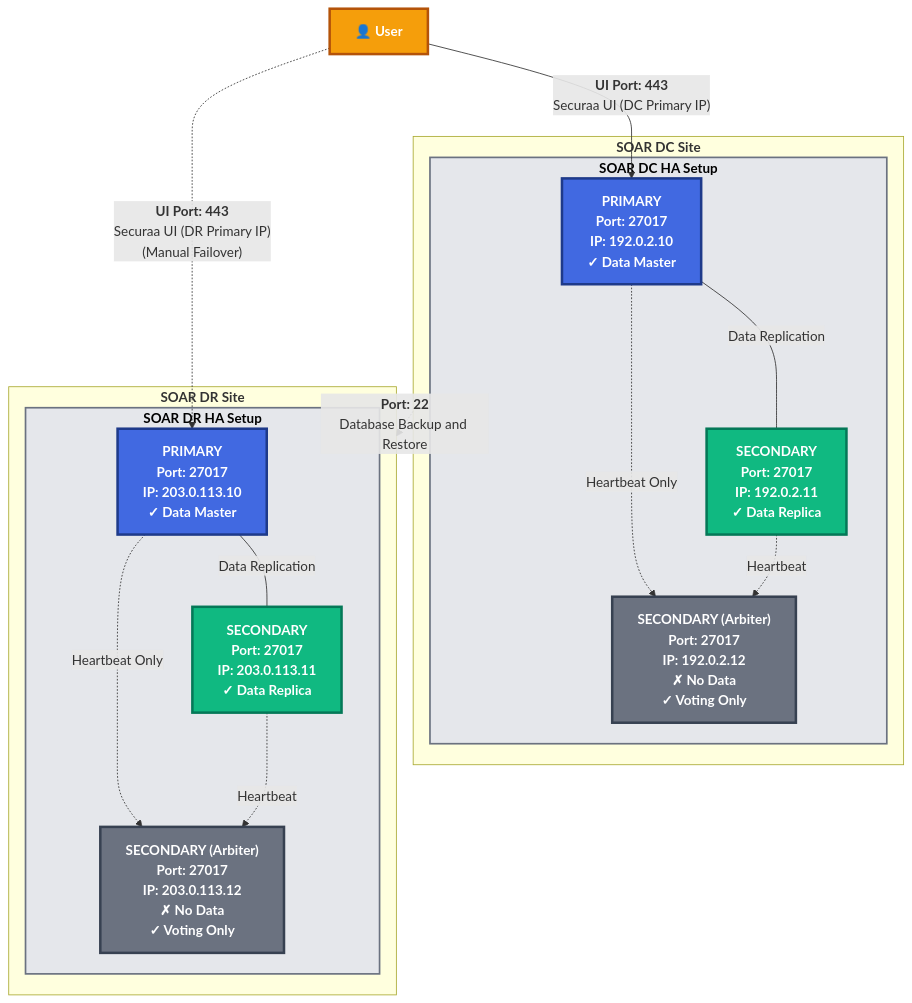
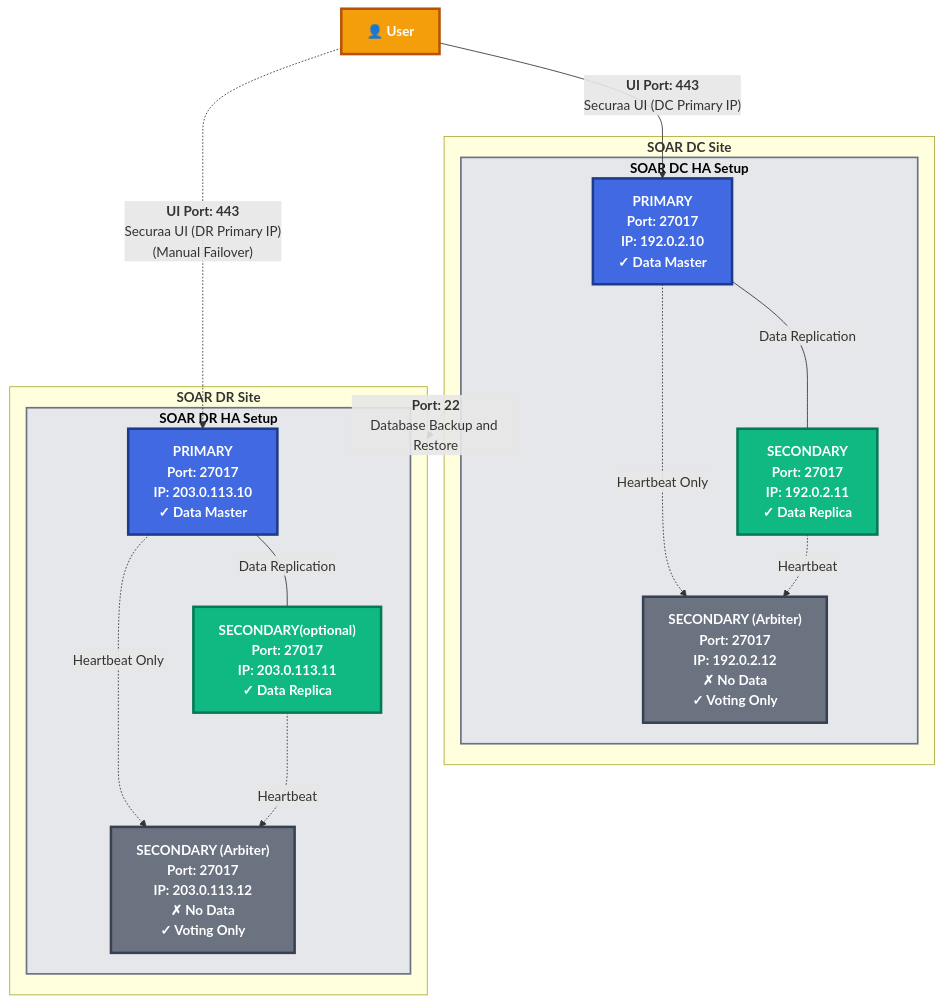
One commit to Vishwa0220/customers-docs changed the first of 12 diagrams in HA_DR_Architecture_Documentation_dt3.md. Above: the diagram before and after it, drawn with Mermaid.

````diff
--- a/HA_DR_Architecture_Documentation_dt3.md
+++ b/HA_DR_Architecture_Documentation_dt3.md
@@ -47,47 +47,47 @@
 ```mermaid
 graph TB
     subgraph DC["<b>SOAR DC Site</b>"]
         subgraph DC_HA["<b>SOAR DC HA Setup</b>"]
             DC_PRI["<b>PRIMARY</b><br/>Port: 27017<br/>IP: 192.0.2.10<br/>✓ Data Master"]
             DC_SEC1["<b>SECONDARY</b><br/>Port: 27017<br/>IP: 192.0.2.11<br/>✓ Data Replica"]
             DC_SEC2["<b>SECONDARY (Arbiter)</b><br/>Port: 27017<br/>IP: 192.0.2.12<br/>✗ No Data<br/>✓ Voting Only"]
             
             DC_PRI ---|"Data Replication"| DC_SEC1
             DC_PRI -.->|"Heartbeat Only"| DC_SEC2
             DC_SEC1 -.->|"Heartbeat"| DC_SEC2
         end
     end
 
     subgraph DR["<b>SOAR DR Site</b>"]
         subgraph DR_HA["<b>SOAR DR HA Setup</b>"]
             DR_PRI["<b>PRIMARY</b><br/>Port: 27017<br/>IP: 203.0.113.10<br/>✓ Data Master"]
-            DR_SEC1["<b>SECONDARY</b><br/>Port: 27017<br/>IP: 203.0.113.11<br/>✓ Data Replica"]
+            DR_SEC1["<b>SECONDARY(optional)</b><br/>Port: 27017<br/>IP: 203.0.113.11<br/>✓ Data Replica"]
             DR_SEC2["<b>SECONDARY (Arbiter)</b><br/>Port: 27017<br/>IP: 203.0.113.12<br/>✗ No Data<br/>✓ Voting Only"]
             
             DR_PRI ---|"Data Replication"| DR_SEC1
             DR_PRI -.->|"Heartbeat Only"| DR_SEC2
             DR_SEC1 -.->|"Heartbeat"| DR_SEC2
         end
     end
 
     USER["<b>👤 User</b>"]
 
     %% Cross-site backup/restore
     DC -.->|"<b>Port: 22</b><br/>Database Backup and Restore"| DR
 
     %% User access
     USER -->|"<b>UI Port: 443</b><br/>Securaa UI (DC Primary IP)"| DC_PRI
     USER -.->|"<b>UI Port: 443</b><br/>Securaa UI (DR Primary IP)<br/>(Manual Failover)"| DR_PRI
 
     classDef primaryStyle fill:#4169e1,stroke:#1e3a8a,stroke-width:3px,color:#fff,font-weight:bold
     classDef secondaryStyle fill:#10b981,stroke:#047857,stroke-width:3px,color:#fff,font-weight:bold
     classDef arbiterStyle fill:#6b7280,stroke:#374151,stroke-width:3px,color:#fff,font-weight:bold
     classDef userStyle fill:#f59e0b,stroke:#b45309,stroke-width:3px,color:#fff,font-weight:bold
     classDef siteStyle fill:#e5e7eb,stroke:#6b7280,stroke-width:2px,color:#000
     
     class DC_PRI,DR_PRI primaryStyle
     class DC_SEC1,DR_SEC1 secondaryStyle
     class DC_SEC2,DR_SEC2 arbiterStyle
     class USER userStyle
     class DC_HA,DR_HA siteStyle
 ```
````
